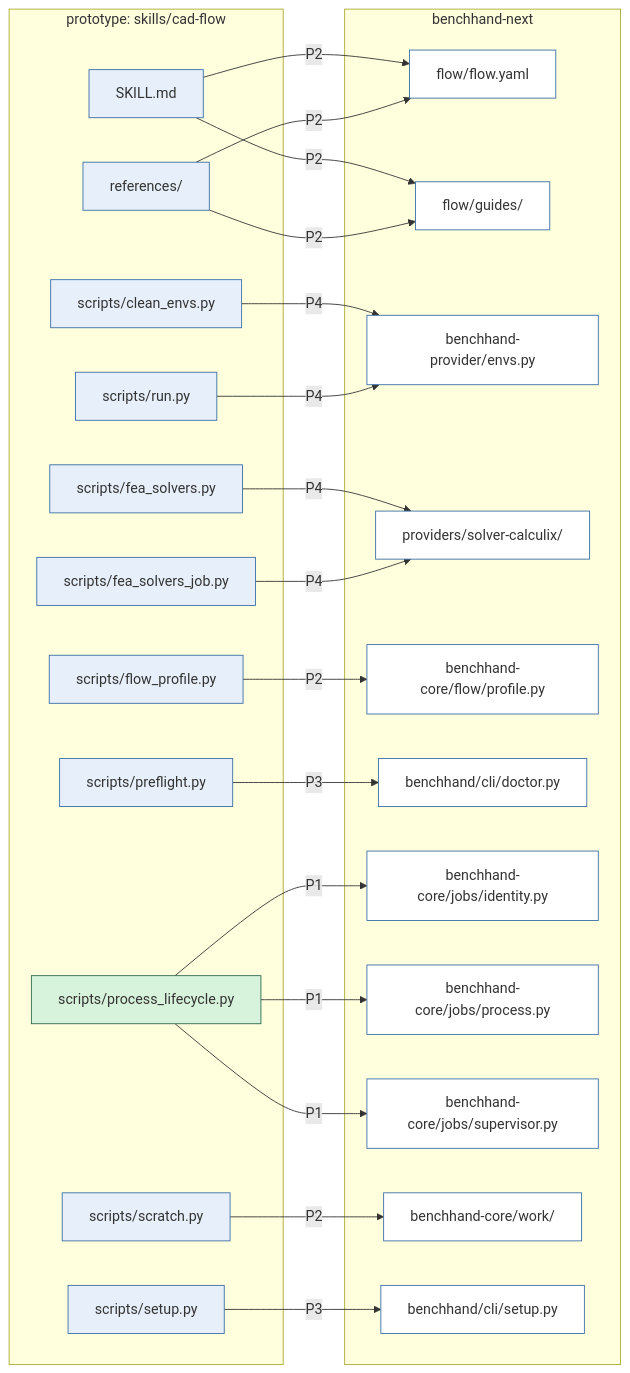
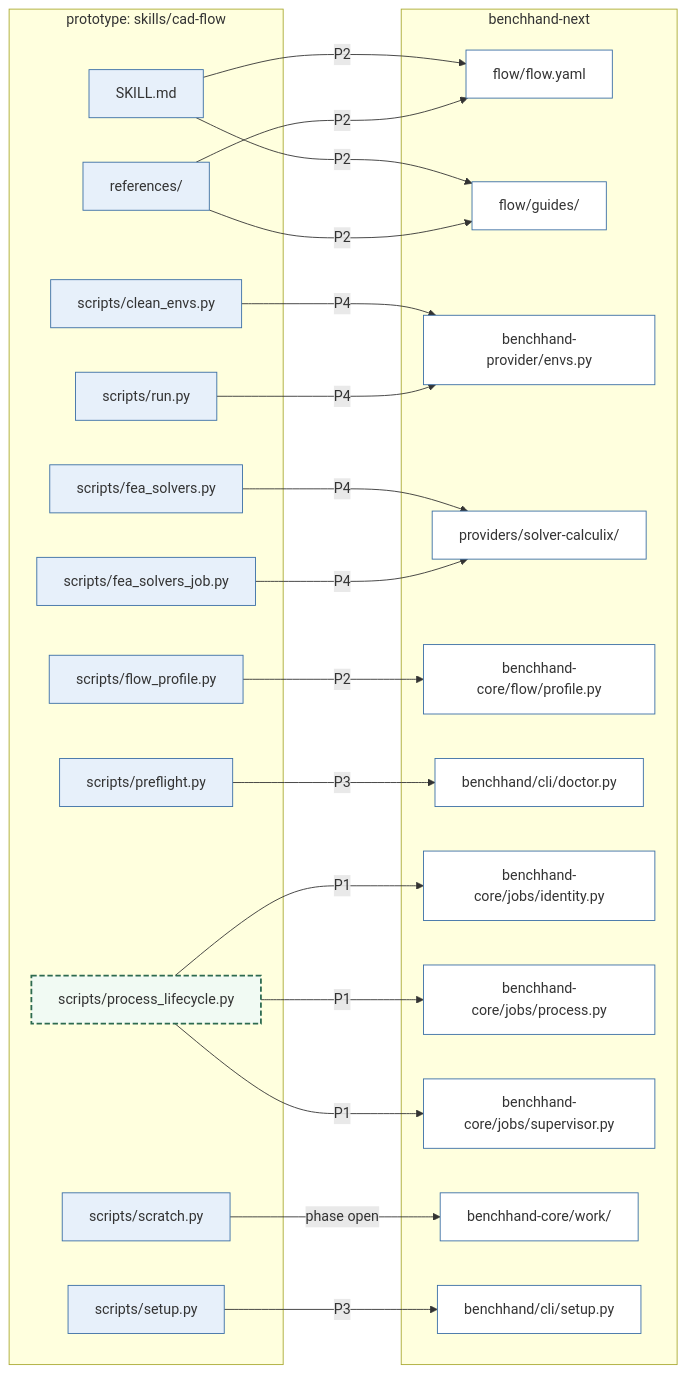
The seventh of 17 diagrams in docs/architecture/function-map.md (benchhand/benchhand-next), drawn with Mermaid before and after one commit. The commit also changed other lines of this file and 1 other file, not shown here.

Commit message:
docs(architecture): mark the partly ported prototype files partial, drop the replaced YAML loader, map snapshot capture to Phase 2, and leave work and recheck without a phase

````diff
--- a/docs/architecture/function-map.md
+++ b/docs/architecture/function-map.md
@@ -431,72 +438,72 @@
 ```mermaid
 flowchart LR
     subgraph prototype["prototype: skills/cad-flow"]
         p0["SKILL.md"]
         p1["scripts/clean_envs.py"]
         p2["scripts/fea_solvers.py"]
         p3["scripts/fea_solvers_job.py"]
         p4["scripts/flow_profile.py"]
         p5["scripts/preflight.py"]
         p6["scripts/process_lifecycle.py"]
         p7["scripts/run.py"]
         p8["scripts/scratch.py"]
         p9["scripts/setup.py"]
         p10["references/"]
     end
     subgraph next["benchhand-next"]
         h0["flow/flow.yaml"]
         h1["flow/guides/"]
         h2["benchhand-provider/envs.py"]
         h3["providers/solver-calculix/"]
         h4["benchhand-core/flow/profile.py"]
         h5["benchhand/cli/doctor.py"]
         h6["benchhand-core/jobs/identity.py"]
         h7["benchhand-core/jobs/process.py"]
         h8["benchhand-core/jobs/supervisor.py"]
         h9["benchhand-core/work/"]
         h10["benchhand/cli/setup.py"]
     end
     p0 -->|"P2"| h0
     p0 -->|"P2"| h1
     p1 -->|"P4"| h2
     p2 -->|"P4"| h3
     p3 -->|"P4"| h3
     p4 -->|"P2"| h4
     p5 -->|"P3"| h5
     p6 -->|"P1"| h6
     p6 -->|"P1"| h7
     p6 -->|"P1"| h8
     p7 -->|"P4"| h2
-    p8 -->|"P2"| h9
+    p8 -->|"phase open"| h9
     p9 -->|"P3"| h10
     p10 -->|"P2"| h0
     p10 -->|"P2"| h1
     class p0 planned
     class p1 planned
     class p2 planned
     class p3 planned
     class p4 planned
     class p5 planned
-    class p6 ported
+    class p6 partial
     class p7 planned
     class p8 planned
     class p9 planned
     class p10 planned
     class h0 home
     class h1 home
     class h2 home
     class h3 home
     class h4 home
     class h5 home
     class h6 home
     class h7 home
     class h8 home
     class h9 home
     class h10 home
     classDef ported fill:#d8f3dc,stroke:#2d6a4f
     classDef partial fill:#f1faf3,stroke:#2d6a4f,stroke-width:2px,stroke-dasharray: 6 3
     classDef inprogress fill:#fff3bf,stroke:#b08900
     classDef planned fill:#e7f0fa,stroke:#3a6ea5
     classDef dropped fill:#eeeeee,stroke:#888888,stroke-dasharray: 4 3,color:#666666
     classDef home fill:#ffffff,stroke:#3a6ea5
 ```
````
